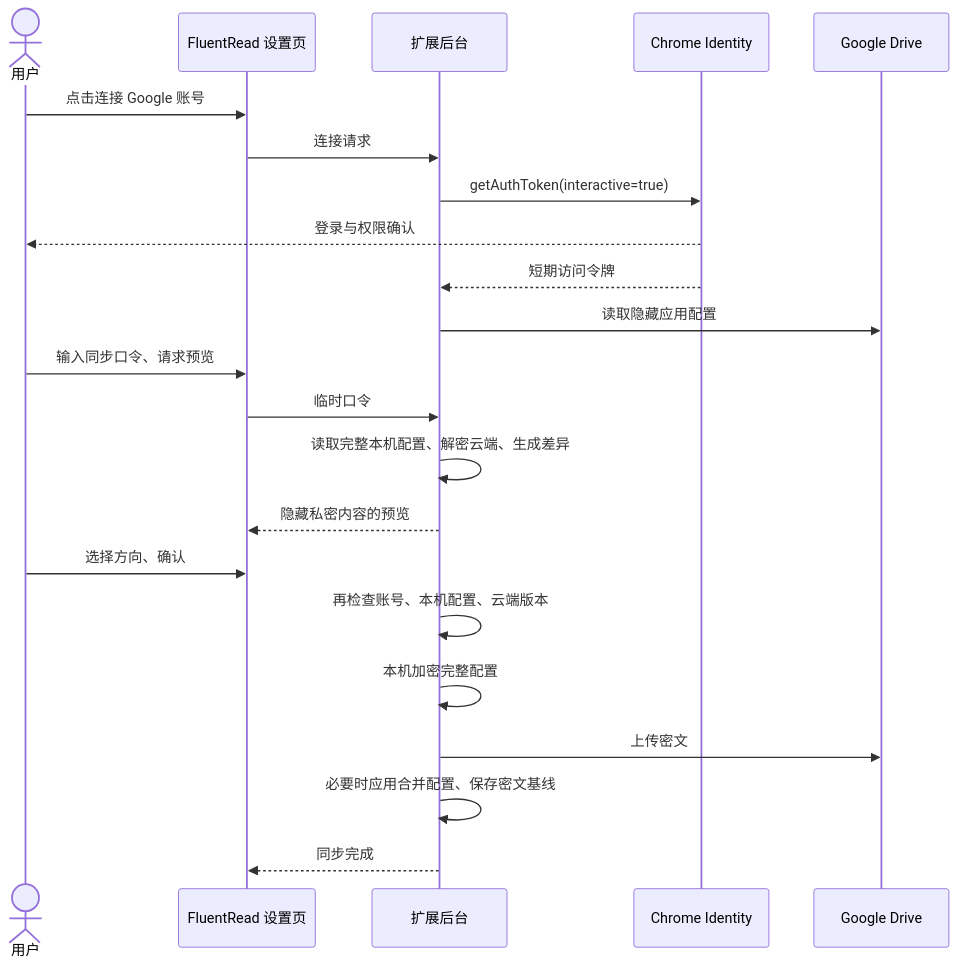
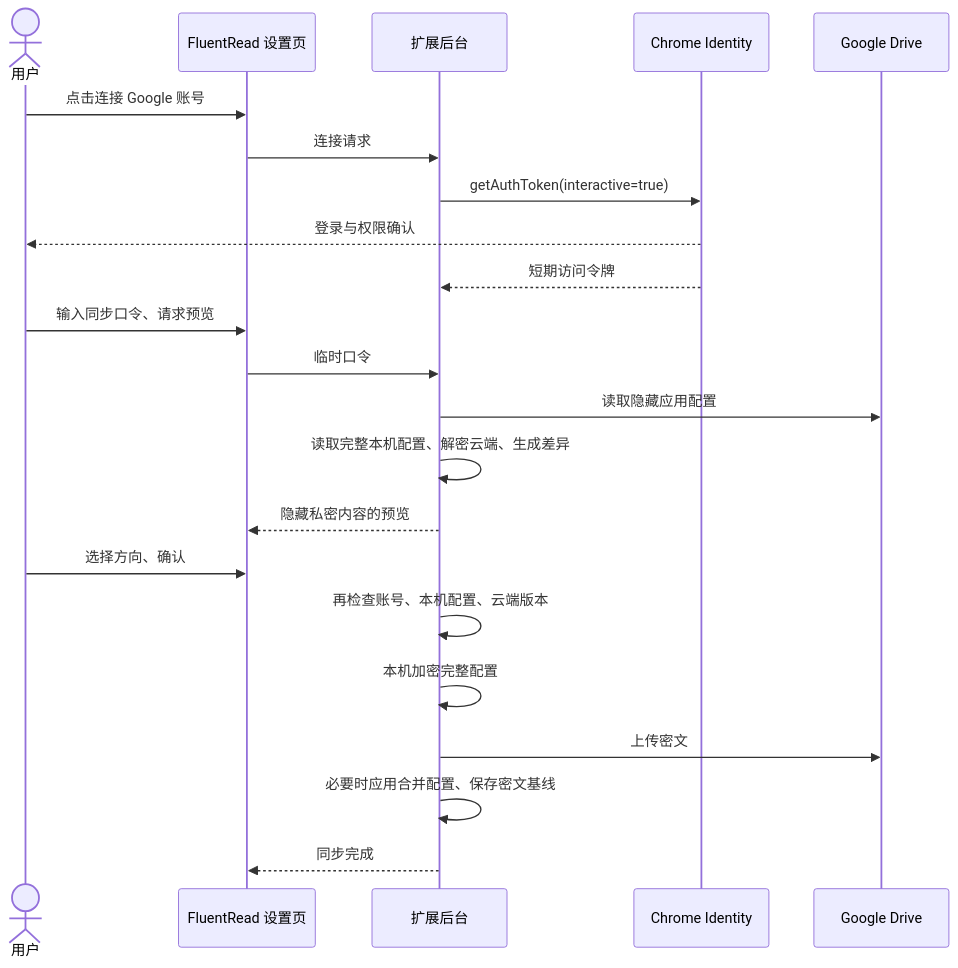
Before and after one commit to ArietidsZ/FluentRead: the first of 4 diagrams in docs/maintainers/google-drive-sync-guide.md, drawn with Mermaid. The commit also changed other lines of this file and 17 other files, not shown here.

````diff
--- a/docs/maintainers/google-drive-sync-guide.md
+++ b/docs/maintainers/google-drive-sync-guide.md
@@ -39,24 +39,24 @@
 ```mermaid
 sequenceDiagram
     actor U as 用户
     participant S as FluentRead 设置页
     participant B as 扩展后台
     participant C as Chrome Identity
     participant G as Google Drive
     U->>S: 点击连接 Google 账号
     S->>B: 连接请求
     B->>C: getAuthToken(interactive=true)
     C-->>U: 登录与权限确认
     C-->>B: 短期访问令牌
-    B->>G: 读取隐藏应用配置
     U->>S: 输入同步口令、请求预览
     S->>B: 临时口令
+    B->>G: 读取隐藏应用配置
     B->>B: 读取完整本机配置、解密云端、生成差异
     B-->>S: 隐藏私密内容的预览
     U->>S: 选择方向、确认
     B->>B: 再检查账号、本机配置、云端版本
     B->>B: 本机加密完整配置
     B->>G: 上传密文
     B->>B: 必要时应用合并配置、保存密文基线
     B-->>S: 同步完成
 ```
````
